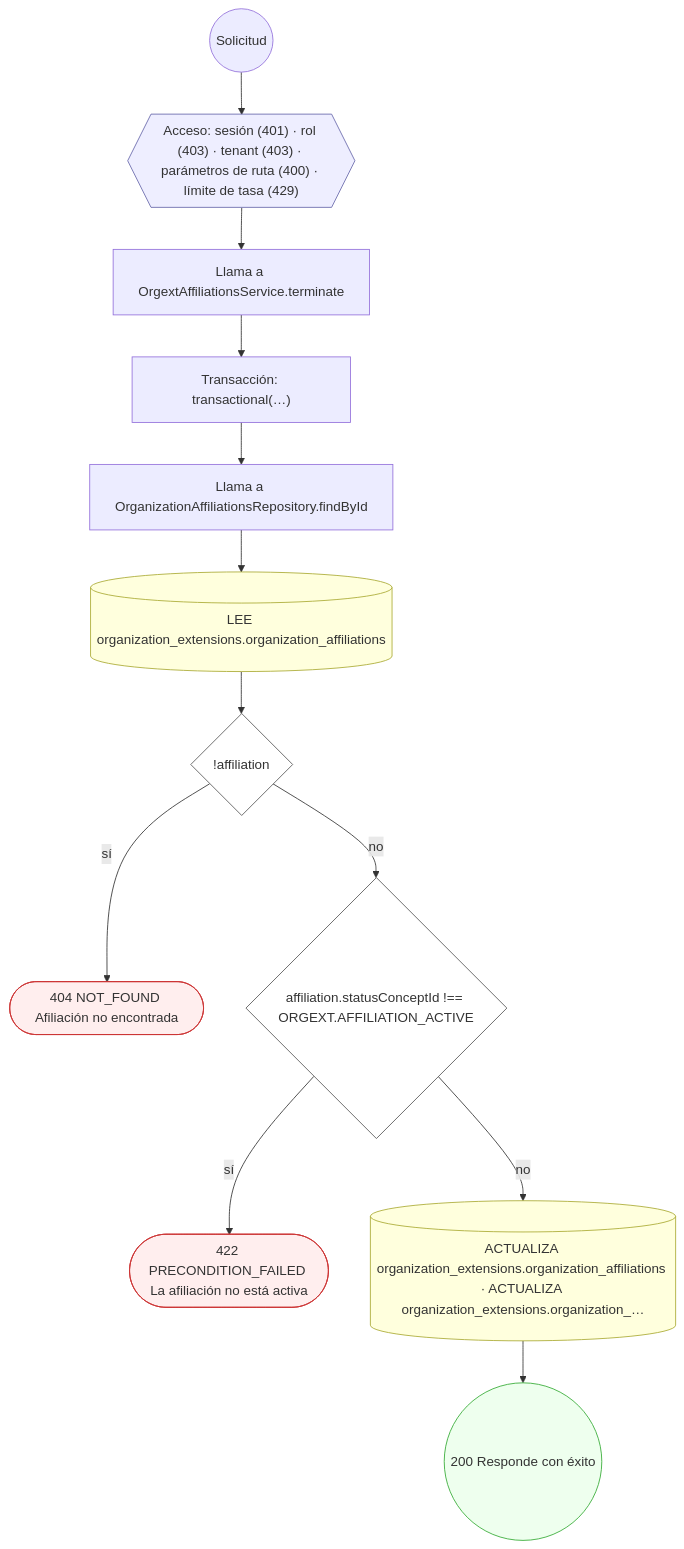
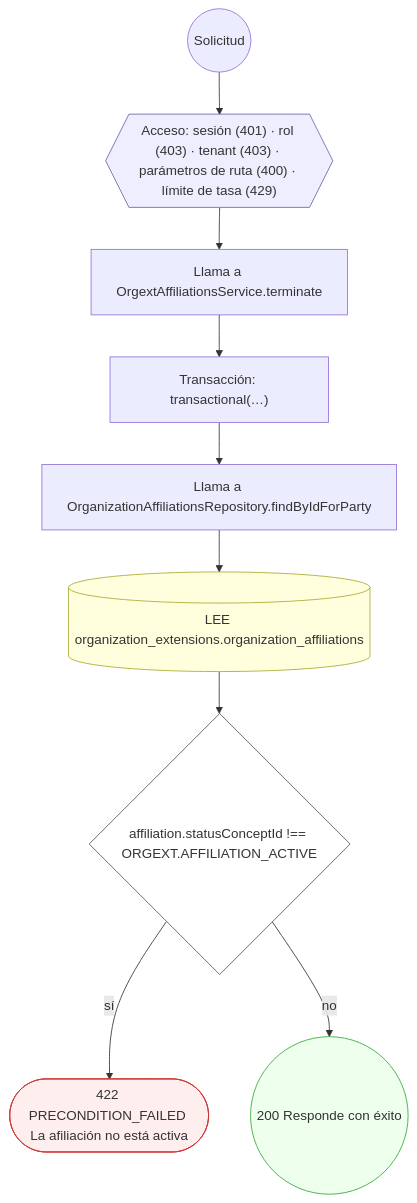
One commit to mdavila-2001/mantra-core-health-api changed the third of 10 diagrams in docs/inventario/flujos/organization_extensions.md. Above: the diagram before and after it, drawn with Mermaid. The commit also changed other lines of this file and 438 other files, not shown here.

````diff
--- a/docs/inventario/flujos/organization_extensions.md
+++ b/docs/inventario/flujos/organization_extensions.md
@@ -185,32 +241,26 @@
 ```mermaid
 flowchart TD
   n1(("Solicitud")):::inicio
   n2{{"Acceso: sesión (401) · rol (403) · tenant (403) · parámetros de ruta (400) · límite de tasa (429)"}}:::acceso
   n1 --> n2
   n3["Llama a OrgextAffiliationsService.terminate"]:::llamada
   n2 --> n3
   n4["Transacción: transactional(…)"]:::transaccion
   n3 --> n4
-  n5["Llama a OrganizationAffiliationsRepository.findById"]:::llamada
+  n5["Llama a OrganizationAffiliationsRepository.findByIdForParty"]:::llamada
   n4 --> n5
   n6[("LEE organization_extensions.organization_affiliations")]:::efecto
   n5 --> n6
-  n7{"!affiliation"}:::decision
+  n7{"affiliation.statusConceptId !== ORGEXT.AFFILIATION_ACTIVE"}:::decision
   n6 --> n7
-  n8(["404 NOT_FOUND Afiliación no encontrada"]):::error
+  n8(["422 PRECONDITION_FAILED La afiliación no está activa"]):::error
   n7 -->|"sí"| n8
-  n9{"affiliation.statusConceptId !== ORGEXT.AFFILIATION_ACTIVE"}:::decision
+  n9(("200 Responde con éxito")):::ok
   n7 -->|"no"| n9
-  n10(["422 PRECONDITION_FAILED La afiliación no está activa"]):::error
-  n9 -->|"sí"| n10
-  n11[("ACTUALIZA organization_extensions.organization_affiliations · ACTUALIZA organization_extensions.organization_…")]:::efecto
-  n9 -->|"no"| n11
-  n12(("200 Responde con éxito")):::ok
-  n11 --> n12
   classDef acceso fill:#eef,stroke:#66a
   classDef error fill:#fee,stroke:#c33
   classDef ok fill:#efe,stroke:#3a3
   classDef efecto fill:#ffd,stroke:#aa3
   classDef decision fill:#fff,stroke:#555
   classDef corte fill:#eee,stroke:#999,stroke-dasharray: 4
 ```
````
